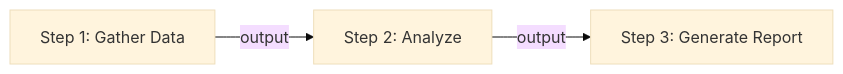
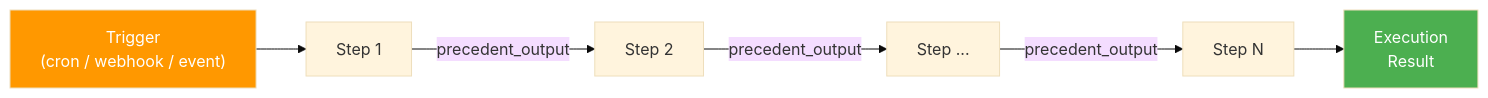
One commit to thfai2000/open-agent-orchestra changed the first of 2 diagrams in docs/concepts/workflows.md. Above: the diagram before and after it, drawn with Mermaid (base theme). The commit also changed other lines of this file and 60 other files, not shown here.

````diff
--- a/docs/concepts/workflows.md
+++ b/docs/concepts/workflows.md
@@ -7,5 +7,11 @@
 ```mermaid
 graph LR
-    S1[Step 1: Gather Data] -->|output| S2[Step 2: Analyze]
-    S2 -->|output| S3[Step 3: Generate Report]
+    T["Trigger<br/>(cron / webhook / event)"] --> S1[Step 1]
+    S1 -->|precedent_output| S2[Step 2]
+    S2 -->|precedent_output| S3["Step ..."]
+    S3 -->|precedent_output| SN[Step N]
+    SN --> R["Execution<br/>Result"]
+
+    style T fill:#FF9800,color:#fff
+    style R fill:#4CAF50,color:#fff
 ```
````
